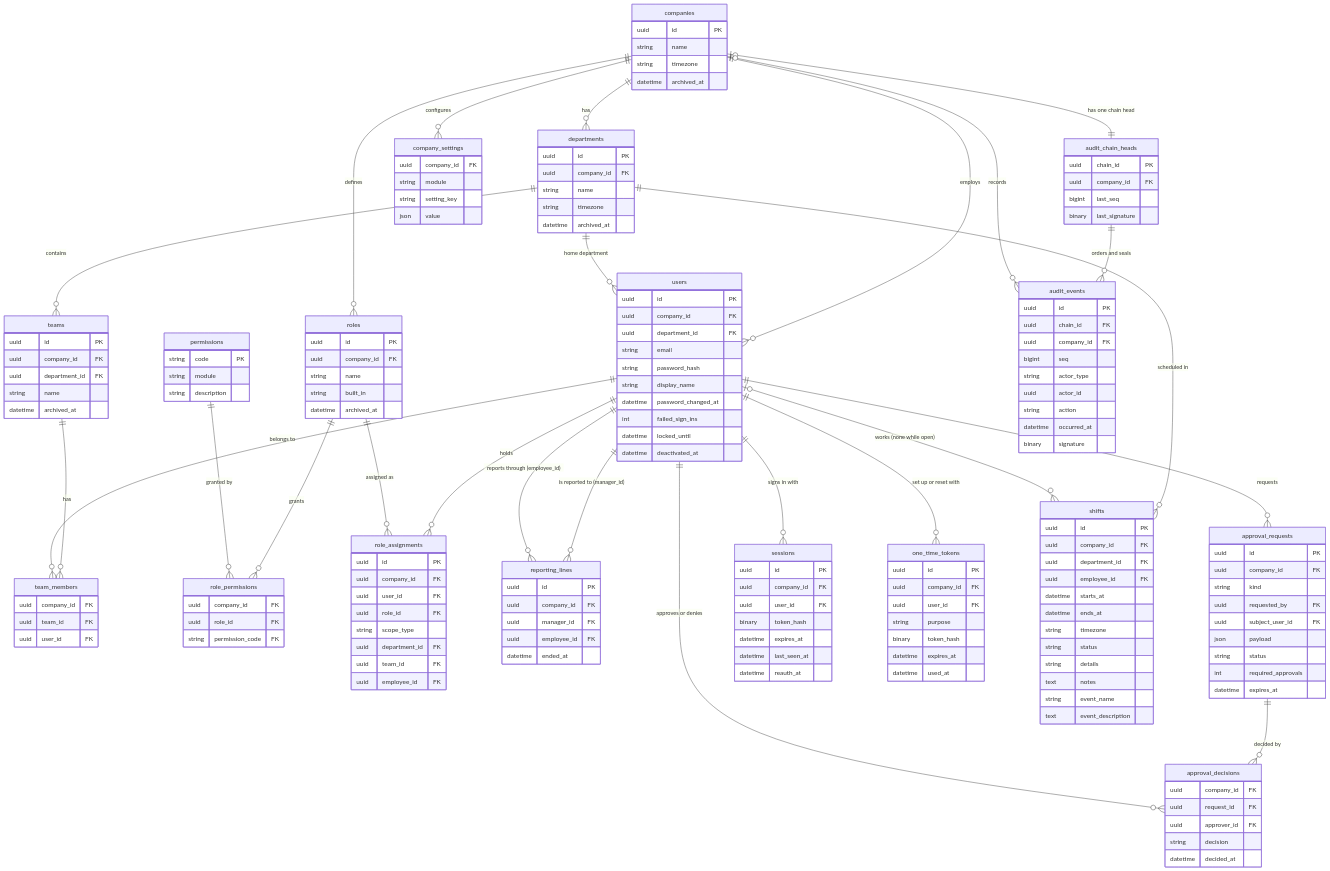
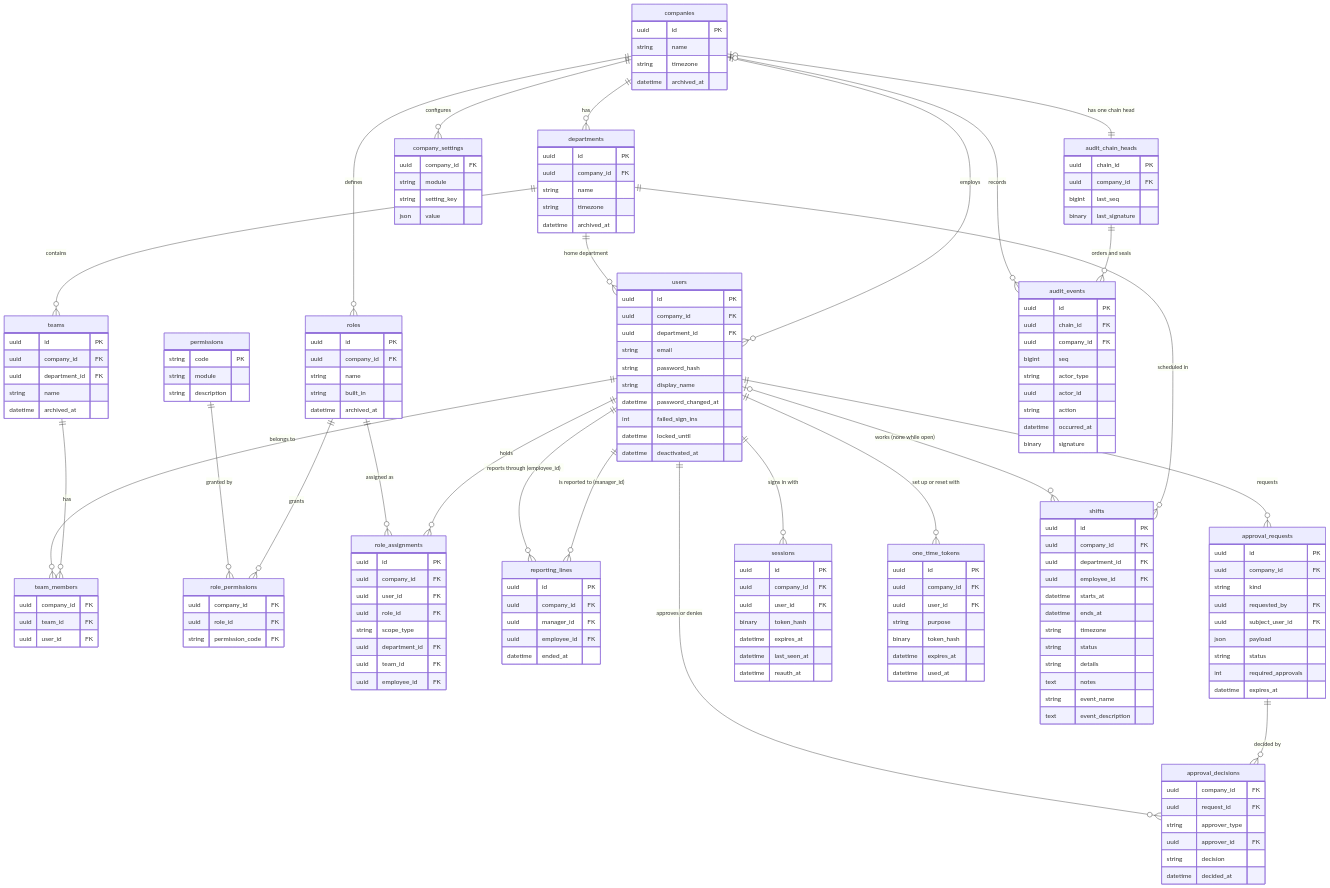
The diagram in docs/architecture/data-model.md (workforce-ops-app/workforce-ops-backend), drawn with Mermaid before and after one commit. The commit also changed other lines of this file and 3 other files, not shown here.

```diff
--- a/docs/architecture/data-model.md
+++ b/docs/architecture/data-model.md
@@ -122,6 +122,7 @@
     approval_decisions {
         uuid company_id FK
         uuid request_id FK
+        string approver_type
         uuid approver_id FK
         string decision
         datetime decided_at
```
